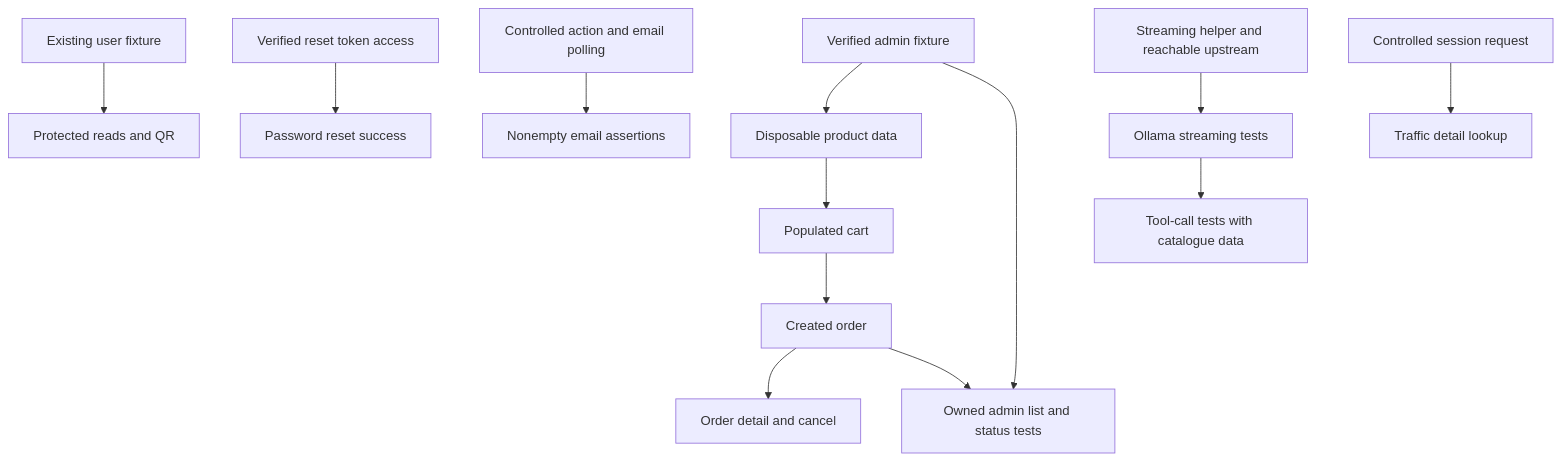
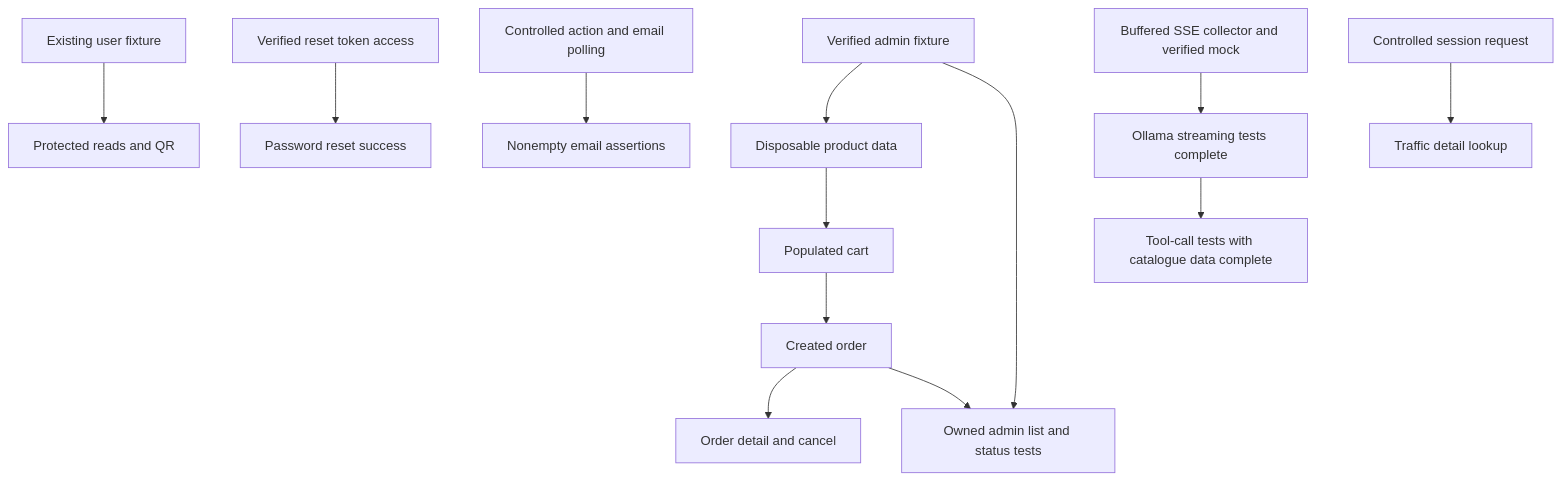
Before and after one commit to MarcinWadek/awesome-ai-api: the diagram in api-test-plan.md, drawn with Mermaid. The commit also changed other lines of this file and 17 other files, not shown here.

Commit message:
feat: Add Ollama endpoint exploration and corresponding tests

````diff
--- a/api-test-plan.md
+++ b/api-test-plan.md
@@ -132,15 +152,15 @@
 ```mermaid
 flowchart TD
   auth[Existing user fixture] --> reads[Protected reads and QR]
   admin[Verified admin fixture] --> product[Disposable product data]
   product --> cart[Populated cart]
   cart --> order[Created order]
   order --> detail[Order detail and cancel]
   order --> orderAdmin[Owned admin list and status tests]
   admin --> orderAdmin
   token[Verified reset token access] --> password[Password reset success]
   email[Controlled action and email polling] --> events[Nonempty email assertions]
-  stream[Streaming helper and reachable upstream] --> ollama[Ollama streaming tests]
-  ollama --> tools[Tool-call tests with catalogue data]
+  stream[Buffered SSE collector and verified mock] --> ollama[Ollama streaming tests complete]
+  ollama --> tools[Tool-call tests with catalogue data complete]
   traffic[Controlled session request] --> correlation[Traffic detail lookup]
 ```
````
